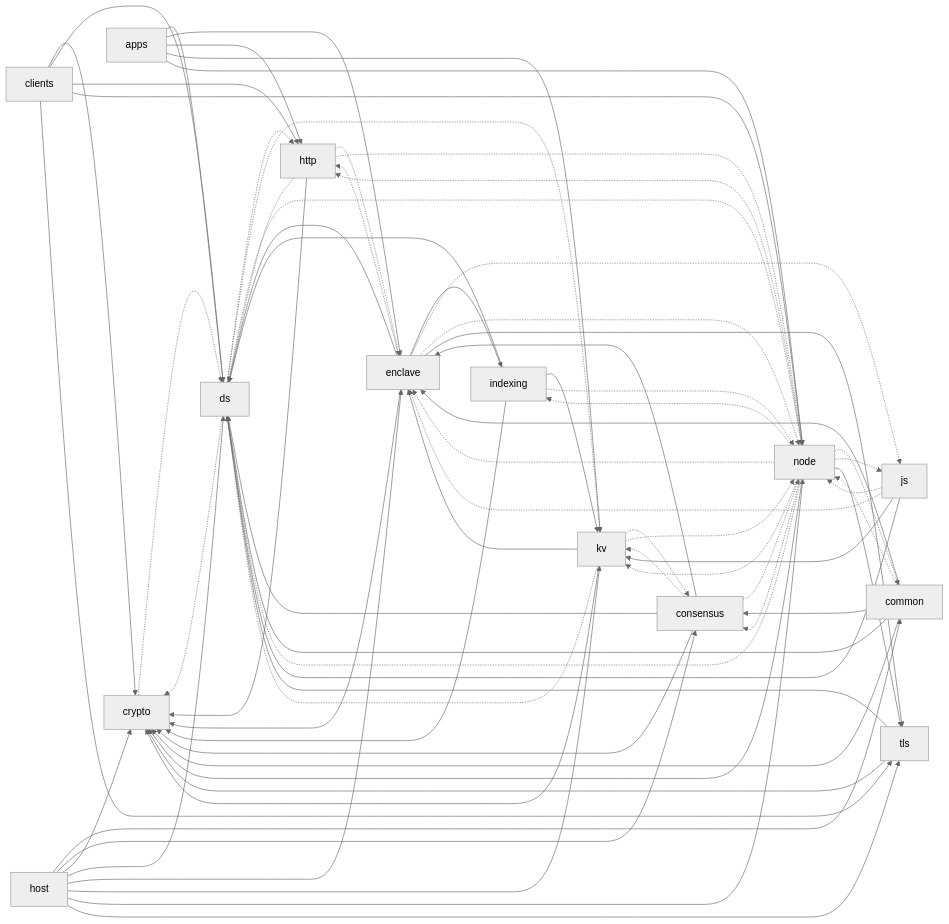
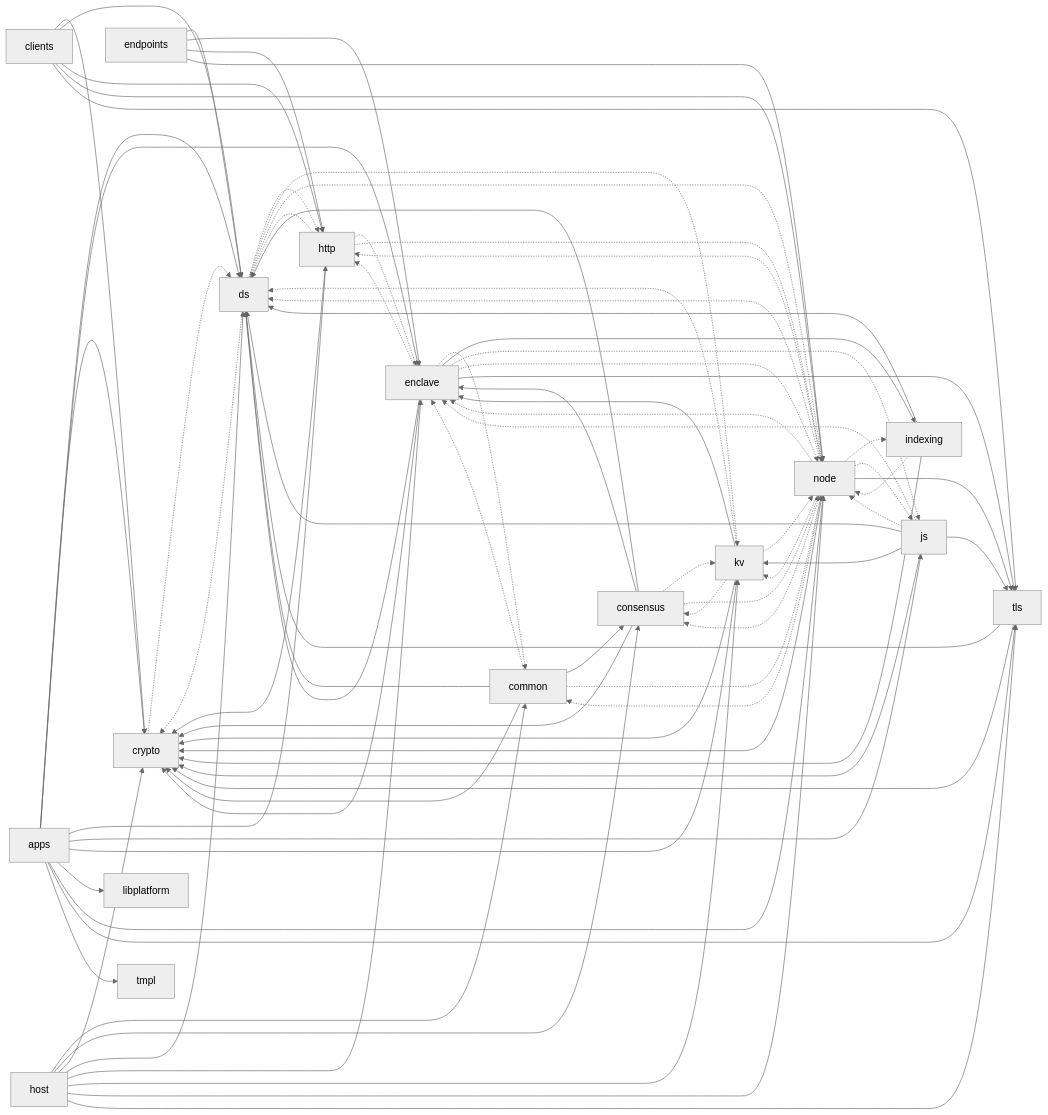
Before and after one commit to microsoft/CCF: the diagram in doc/architecture/source_dependencies.mmd, drawn with Mermaid (neutral theme). The commit also changed 1 other file, not shown here.

```diff
--- a/doc/architecture/source_dependencies.mmd
+++ b/doc/architecture/source_dependencies.mmd
@@ -1,70 +1,81 @@
 graph LR
     crypto -.-> ds
     tls --> crypto
     tls --> ds
     ds -.-> crypto
     ds -.-> http
     ds -.-> kv
     ds -.-> node
-    js --> ds
-    js -.-> enclave
-    js --> kv
-    js -.-> node
+    endpoints --> ds
+    endpoints --> enclave
+    endpoints --> http
+    endpoints --> node
+    indexing --> crypto
+    indexing --> ds
+    indexing -.-> node
     common --> consensus
     common --> crypto
     common --> ds
-    common --> enclave
+    common -.-> enclave
     common -.-> node
     http --> crypto
     http -.-> ds
     http -.-> enclave
     http -.-> node
-    indexing --> crypto
-    indexing --> ds
-    indexing --> kv
-    indexing -.-> node
-    apps --> ds
-    apps --> enclave
-    apps --> http
-    apps --> kv
-    apps --> node
     clients --> crypto
     clients --> ds
     clients --> http
     clients --> node
     clients --> tls
     consensus --> crypto
     consensus --> ds
     consensus --> enclave
     consensus -.-> kv
     consensus -.-> node
     kv -.-> consensus
     kv --> crypto
     kv -.-> ds
     kv --> enclave
     kv -.-> node
+    js --> crypto
+    js --> ds
+    js -.-> enclave
+    js --> kv
+    js -.-> node
+    js --> tls
+    enclave -.-> common
     enclave --> crypto
     enclave --> ds
     enclave -.-> http
     enclave --> indexing
     enclave -.-> js
     enclave -.-> node
     enclave --> tls
     host --> common
     host --> consensus
     host --> crypto
     host --> ds
     host --> enclave
     host --> kv
     host --> node
     host --> tls
+    apps --> crypto
+    apps --> ds
+    apps --> enclave
+    apps --> http
+    apps --> js
+    apps --> kv
+    apps --> libplatform
+    apps --> node
+    apps --> tls
+    apps --> tmpl
     node -.-> common
     node -.-> consensus
     node --> crypto
     node -.-> ds
     node -.-> enclave
     node -.-> http
     node -.-> indexing
     node -.-> js
     node -.-> kv
     node --> tls
```
